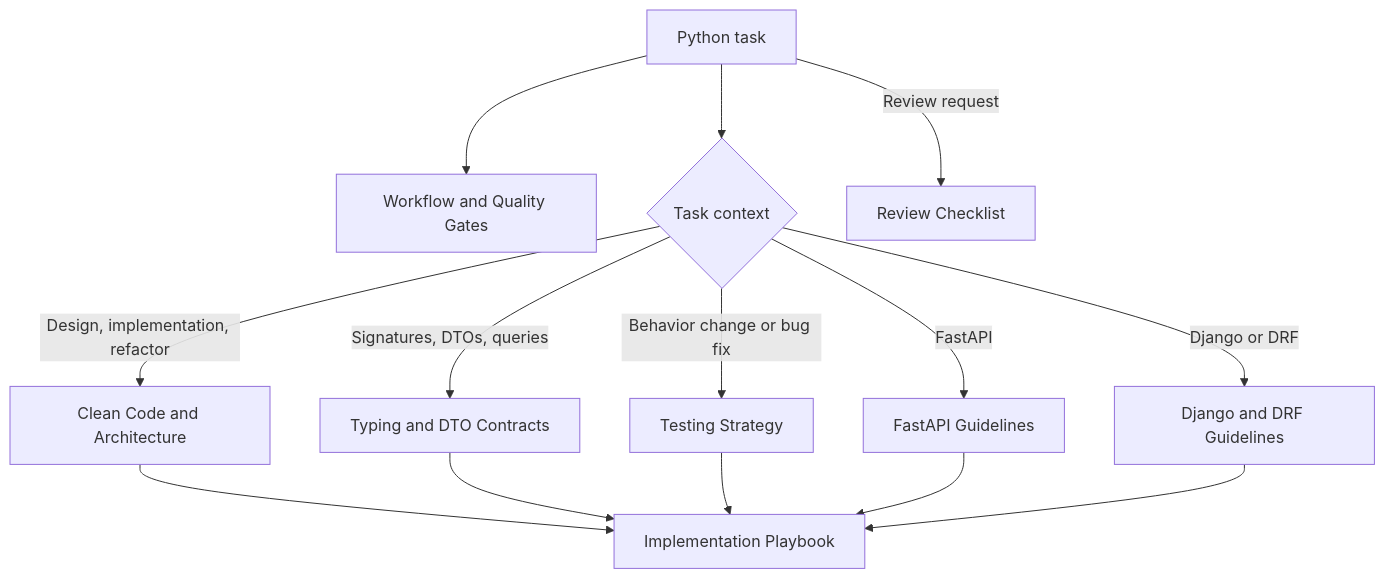
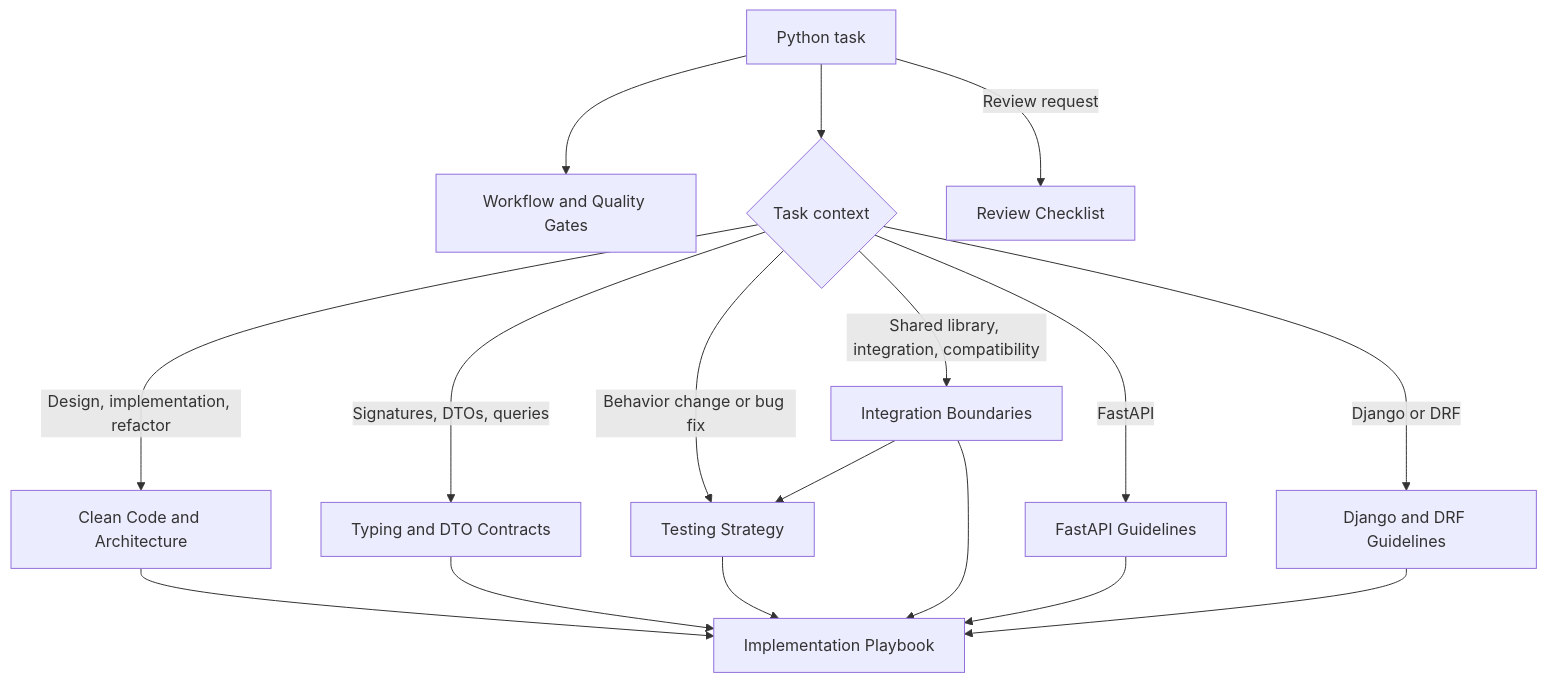
The diagram in 00 Maps/Python Guidelines Context Map.md (allexandrsokollov/main_obsidian_vault), drawn with Mermaid before and after one commit. The commit also changed other lines of this file and 2 other files, not shown here.

Commit message:
Route integration work through boundary and testing guidance

````diff
--- a/00 Maps/Python Guidelines Context Map.md
+++ b/00 Maps/Python Guidelines Context Map.md
@@ -23,16 +23,19 @@
 ```mermaid
 flowchart TD
     A["Python task"] --> W["Workflow and Quality Gates"]
     A --> T{"Task context"}
     T -->|"Design, implementation, refactor"| C["Clean Code and Architecture"]
     T -->|"Signatures, DTOs, queries"| Y["Typing and DTO Contracts"]
     T -->|"Behavior change or bug fix"| X["Testing Strategy"]
+    T -->|"Shared library, integration, compatibility"| B["Integration Boundaries"]
     T -->|"FastAPI"| F["FastAPI Guidelines"]
     T -->|"Django or DRF"| D["Django and DRF Guidelines"]
     C --> I["Implementation Playbook"]
     Y --> I
     X --> I
+    B --> I
+    B --> X
     F --> I
     D --> I
     A -->|"Review request"| R["Review Checklist"]
 ```
````
